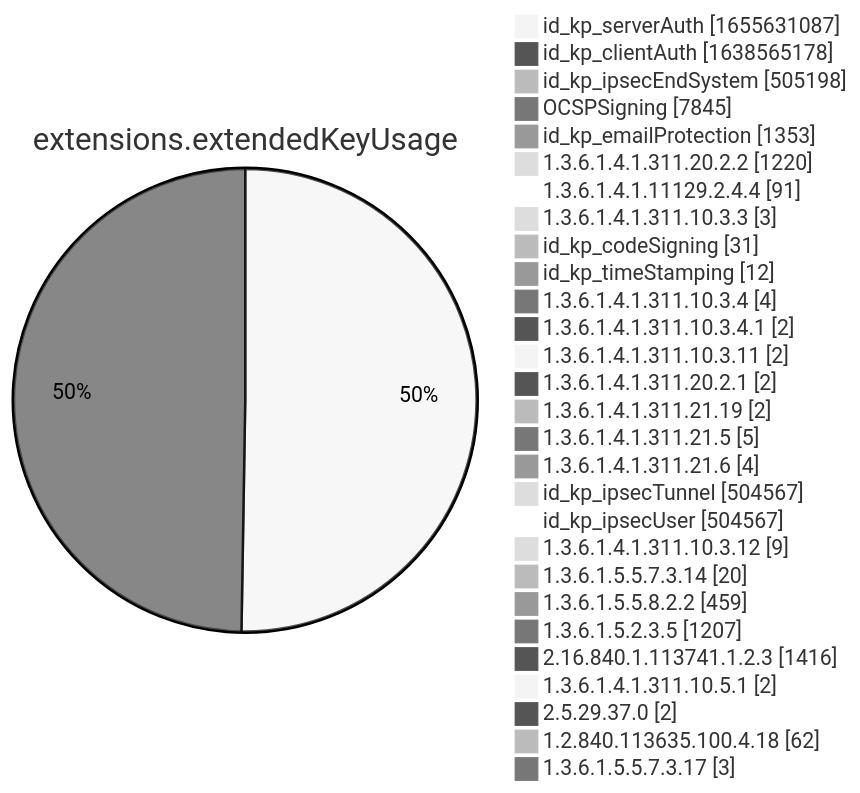
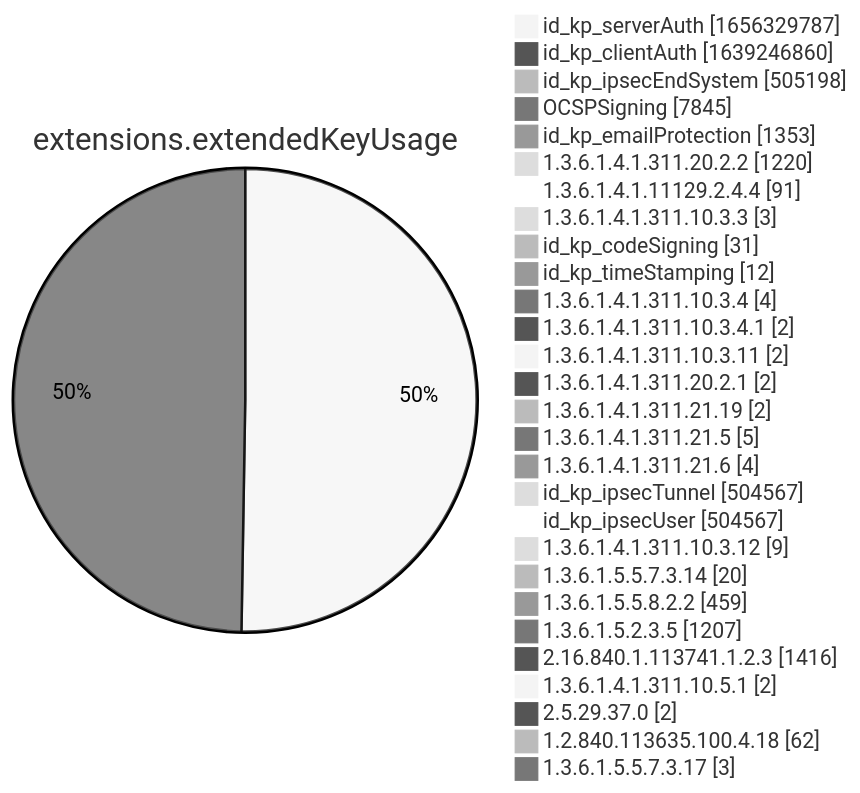
One commit to christiankrug/ctmonitor_visualization changed diagram 12 of 15 in xenon2022/README.md. Above: the diagram before and after it, drawn with Mermaid (neutral theme). The commit also changed other lines of this file, not shown here.

````diff
--- a/xenon2022/README.md
+++ b/xenon2022/README.md
@@ -3886,32 +3886,32 @@
 ```mermaid
 pie showData
 title extensions.extendedKeyUsage
-"id_kp_serverAuth" :1655631087
-"id_kp_clientAuth" :1638565178
+"id_kp_serverAuth" :1656329787
+"id_kp_clientAuth" :1639246860
 "id_kp_ipsecEndSystem" :505198
 "OCSPSigning" :7845
 "id_kp_emailProtection" :1353
 "1.3.6.1.4.1.311.20.2.2" :1220
 "1.3.6.1.4.1.11129.2.4.4" :91
 "1.3.6.1.4.1.311.10.3.3" :3
 "id_kp_codeSigning" :31
 "id_kp_timeStamping" :12
 "1.3.6.1.4.1.311.10.3.4" :4
 "1.3.6.1.4.1.311.10.3.4.1" :2
 "1.3.6.1.4.1.311.10.3.11" :2
 "1.3.6.1.4.1.311.20.2.1" :2
 "1.3.6.1.4.1.311.21.19" :2
 "1.3.6.1.4.1.311.21.5" :5
 "1.3.6.1.4.1.311.21.6" :4
 "id_kp_ipsecTunnel" :504567
 "id_kp_ipsecUser" :504567
 "1.3.6.1.4.1.311.10.3.12" :9
 "1.3.6.1.5.5.7.3.14" :20
 "1.3.6.1.5.5.8.2.2" :459
 "1.3.6.1.5.2.3.5" :1207
 "2.16.840.1.113741.1.2.3" :1416
 "1.3.6.1.4.1.311.10.5.1" :2
 "2.5.29.37.0" :2
 "1.2.840.113635.100.4.18" :62
 "1.3.6.1.5.5.7.3.17" :3
 ```
````
